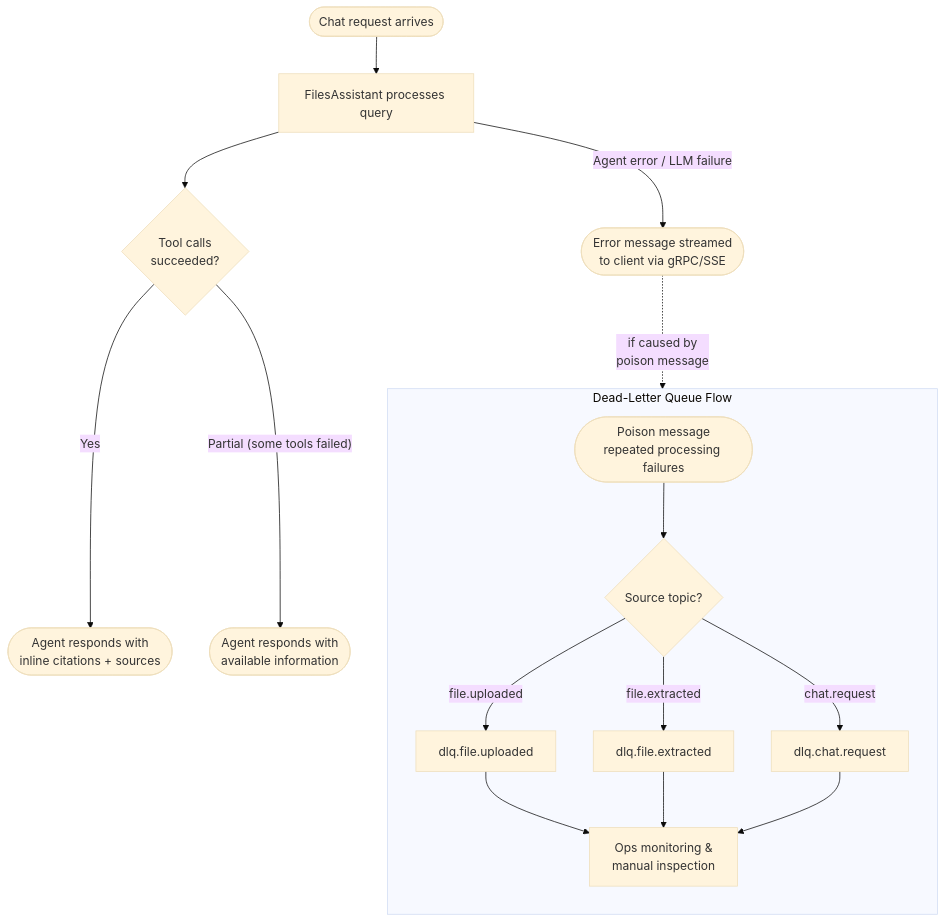
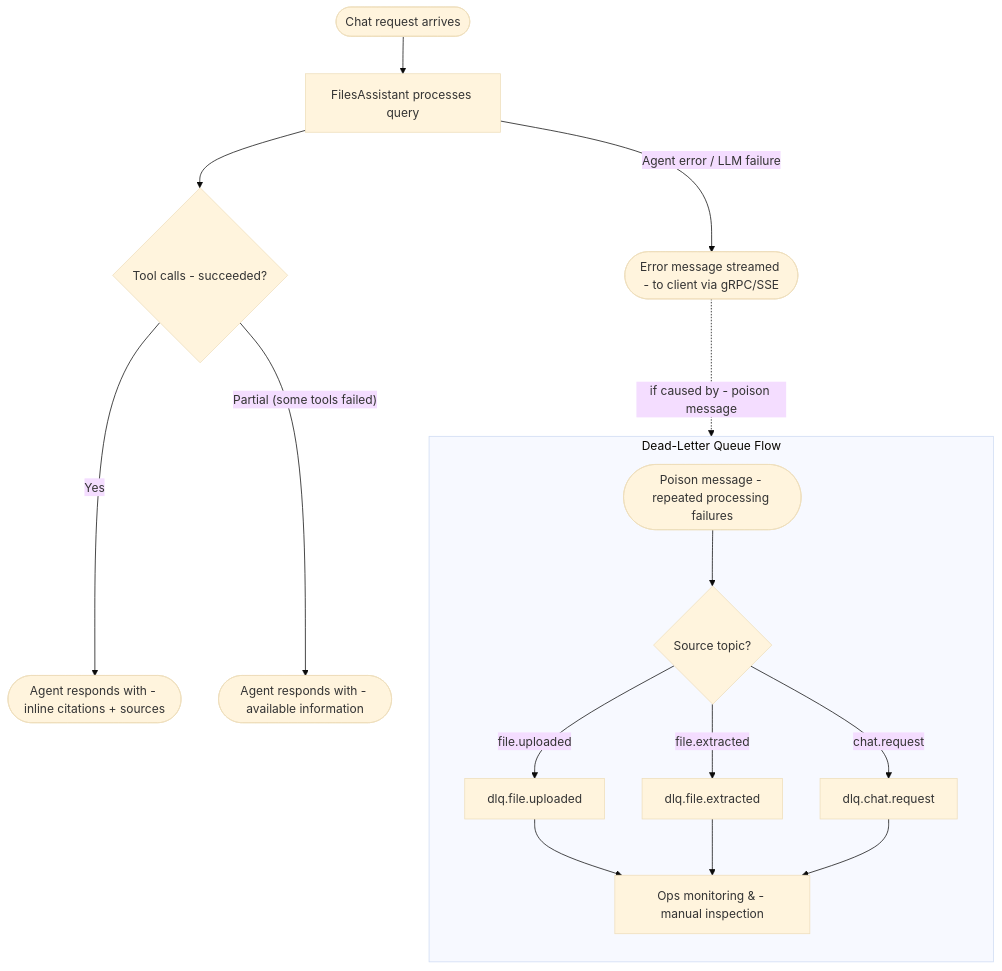
Before and after one commit to JackTran15/files-assistant-system: the fifth of 6 diagrams in docs/scenarios.md, drawn with Mermaid (base theme). The commit also changed other lines of this file and 8 other files, not shown here.

````diff
--- a/docs/scenarios.md
+++ b/docs/scenarios.md
@@ -247,25 +247,25 @@
 ```mermaid
 flowchart TD
     Start(["Chat request arrives"]) --> Agent["FilesAssistant processes query"]
 
-    Agent --> ToolOK{"Tool calls<br/>succeeded?"}
+    Agent --> ToolOK{"Tool calls - succeeded?"}
 
-    ToolOK -- Yes --> Respond(["Agent responds with<br/>inline citations + sources"])
+    ToolOK -- Yes --> Respond(["Agent responds with - inline citations + sources"])
 
-    ToolOK -- "Partial (some tools failed)" --> Partial(["Agent responds with<br/>available information"])
+    ToolOK -- "Partial (some tools failed)" --> Partial(["Agent responds with - available information"])
 
-    Agent -- "Agent error / LLM failure" --> ErrorMsg(["Error message streamed<br/>to client via gRPC/SSE"])
+    Agent -- "Agent error / LLM failure" --> ErrorMsg(["Error message streamed - to client via gRPC/SSE"])
 
     subgraph DLQ["Dead-Letter Queue Flow"]
         direction TB
-        Poison(["Poison message<br/>repeated processing failures"]) --> DLQRoute{"Source topic?"}
+        Poison(["Poison message - repeated processing failures"]) --> DLQRoute{"Source topic?"}
         DLQRoute -- "file.uploaded" --> DLQF["dlq.file.uploaded"]
         DLQRoute -- "file.extracted" --> DLQE["dlq.file.extracted"]
         DLQRoute -- "chat.request" --> DLQC["dlq.chat.request"]
-        DLQF --> Monitor["Ops monitoring &<br/>manual inspection"]
+        DLQF --> Monitor["Ops monitoring & - manual inspection"]
         DLQE --> Monitor
         DLQC --> Monitor
     end
 
-    ErrorMsg -.->|"if caused by<br/>poison message"| Poison
+    ErrorMsg -.->|"if caused by - poison message"| Poison
 ```
````
